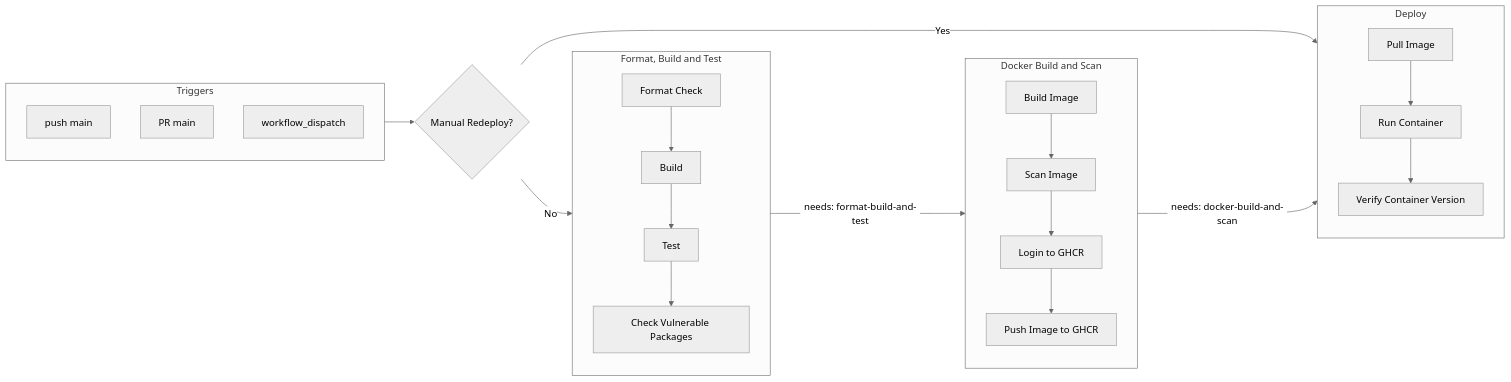
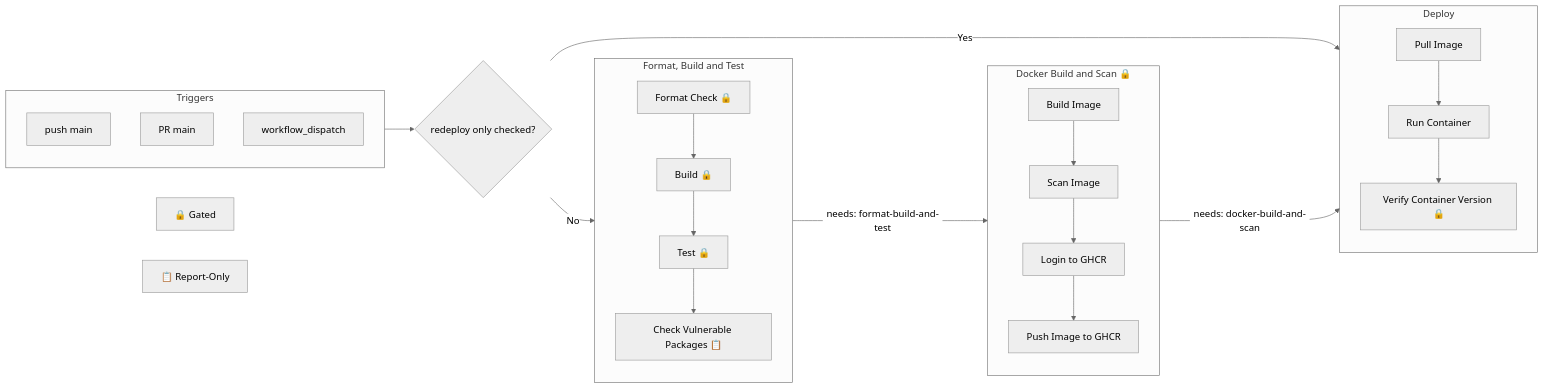
The diagram in DIAGRAM.md (eesqvilin/OrderService), drawn with Mermaid (neutral theme) before and after one commit.

Commit message:
Enhance CI diagram with security indicators and clarify deployment flow

````diff
--- a/DIAGRAM.md
+++ b/DIAGRAM.md
@@ -3,36 +3,41 @@
 ```mermaid
 ---
 id: 23af7a34-f54f-4d44-bf4d-329a5449415b
 ---
 flowchart LR
 
 subgraph Triggers[Triggers]
     T1[push main] 
     T2[PR main]
     T3[workflow_dispatch]
 end
 
 
 
 subgraph J1[Format, Build and Test]
-    S1[Format Check] --> S2[Build]
-    S2 -->S3[Test]
-    S3 --> S4[Check Vulnerable Packages]
+    S1[Format Check 🔒] --> S2[Build 🔒]
+    S2 -->S3[Test 🔒]
+    S3 --> S4[Check Vulnerable Packages 📋]
 end
 
-subgraph J2[Docker Build and Scan]
+subgraph J2[Docker Build and Scan 🔒]
     SB1[Build Image] --> SB2[Scan Image]
     SB2 --> SB3[Login to GHCR]
     SB3 --> SB4[Push Image to GHCR]
 end
 
 subgraph J3[Deploy]
     SC1[Pull Image] --> SC2[Run Container]
-    SC2 --> SC3[Verify Container Version]
+    SC2 --> SC3[Verify Container Version 🔒]
 end
-Triggers --> Gate{Manual Redeploy?}
+
+G[🔒 Gated]
+R[📋 Report-Only]
+
+
+Triggers --> Gate{redeploy only checked?}
 Gate -->|No| J1
 Gate -->|Yes| J3
 J1 --->|needs: format-build-and-test| J2
 J2 --->|needs: docker-build-and-scan| J3
 ```
````
